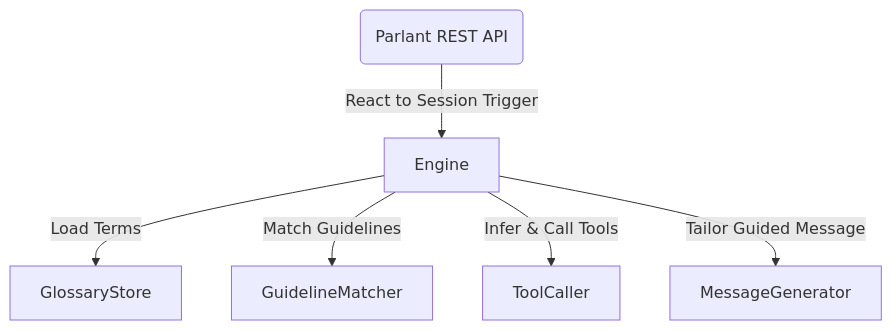
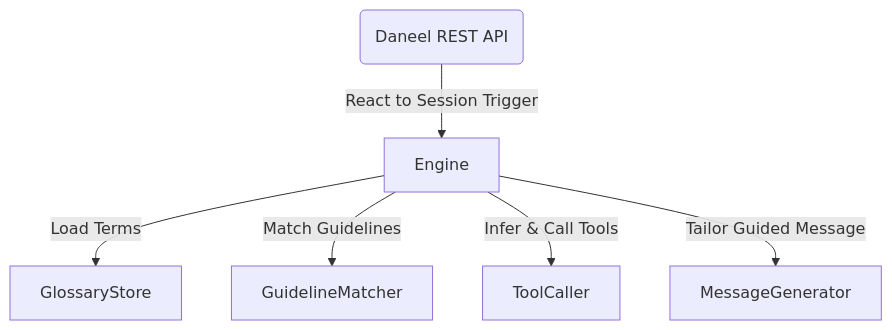
The first of 5 diagrams in docs/engine_lifecycle.md (dougdotcon/Daneel), drawn with Mermaid before and after one commit. The commit also changed other lines of this file and 307 other files, not shown here.

````diff
--- a/docs/engine_lifecycle.md
+++ b/docs/engine_lifecycle.md
@@ -22,8 +22,8 @@
 ```mermaid
 graph TD
-    API(Parlant REST API) -->|React to Session Trigger| Engine
+    API(Daneel REST API) -->|React to Session Trigger| Engine
     Engine -->|Load Terms| GlossaryStore
     Engine -->|Match Guidelines| GuidelineMatcher
     Engine -->|Infer & Call Tools| ToolCaller
     Engine -->|Tailor Guided Message| MessageGenerator
 ```
````
